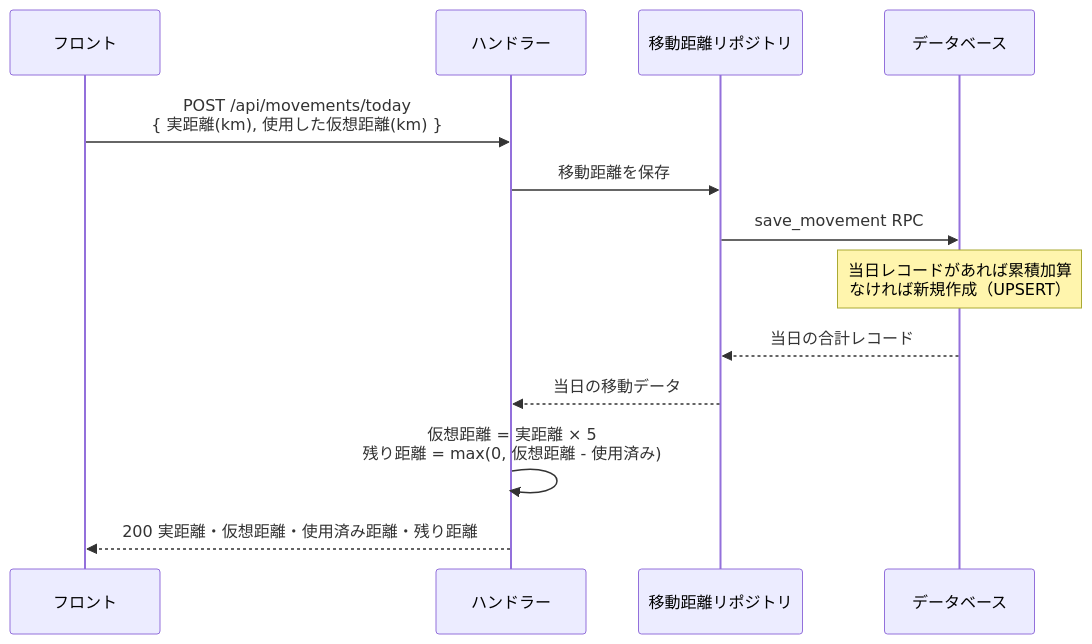
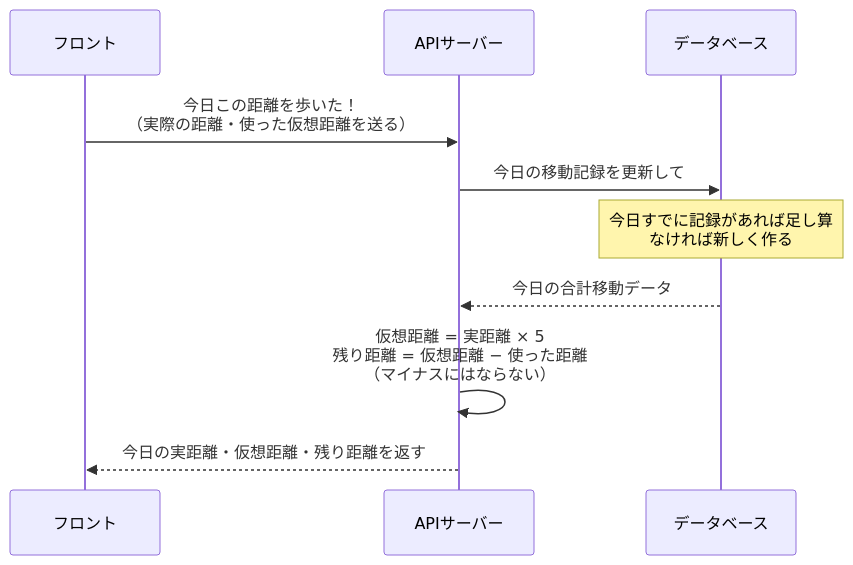
The fourth of 6 diagrams in docs/sequence.md (y08416/sukima-trip-backend), drawn with Mermaid before and after one commit. The commit also changed other lines of this file, not shown here.

Commit message:
docs: シーケンス図の説明を噛み砕いた日本語に書き直す

````diff
--- a/docs/sequence.md
+++ b/docs/sequence.md
@@ -86,19 +73,17 @@
 ```mermaid
 sequenceDiagram
     participant フロント
-    participant ハンドラー
-    participant 移動距離リポジトリ
+    participant APIサーバー
     participant DB as データベース
 
-    フロント->>ハンドラー: POST /api/movements/today<br/>{ 実距離(km), 使用した仮想距離(km) }
-    ハンドラー->>移動距離リポジトリ: 移動距離を保存
-    移動距離リポジトリ->>DB: save_movement RPC
+    フロント->>APIサーバー: 今日この距離を歩いた！<br/>（実際の距離・使った仮想距離を送る）
 
-    Note over DB: 当日レコードがあれば累積加算<br/>なければ新規作成（UPSERT）
+    APIサーバー->>DB: 今日の移動記録を更新して
+    Note over DB: 今日すでに記録があれば足し算<br/>なければ新しく作る
 
-    DB-->>移動距離リポジトリ: 当日の合計レコード
-    移動距離リポジトリ-->>ハンドラー: 当日の移動データ
+    DB-->>APIサーバー: 今日の合計移動データ
 
-    ハンドラー->>ハンドラー: 仮想距離 = 実距離 × 5<br/>残り距離 = max(0, 仮想距離 - 使用済み)
-    ハンドラー-->>フロント: 200 実距離・仮想距離・使用済み距離・残り距離
+    APIサーバー->>APIサーバー: 仮想距離 = 実距離 × 5<br/>残り距離 = 仮想距離 − 使った距離<br/>（マイナスにはならない）
+
+    APIサーバー-->>フロント: 今日の実距離・仮想距離・残り距離を返す
 ```
````
